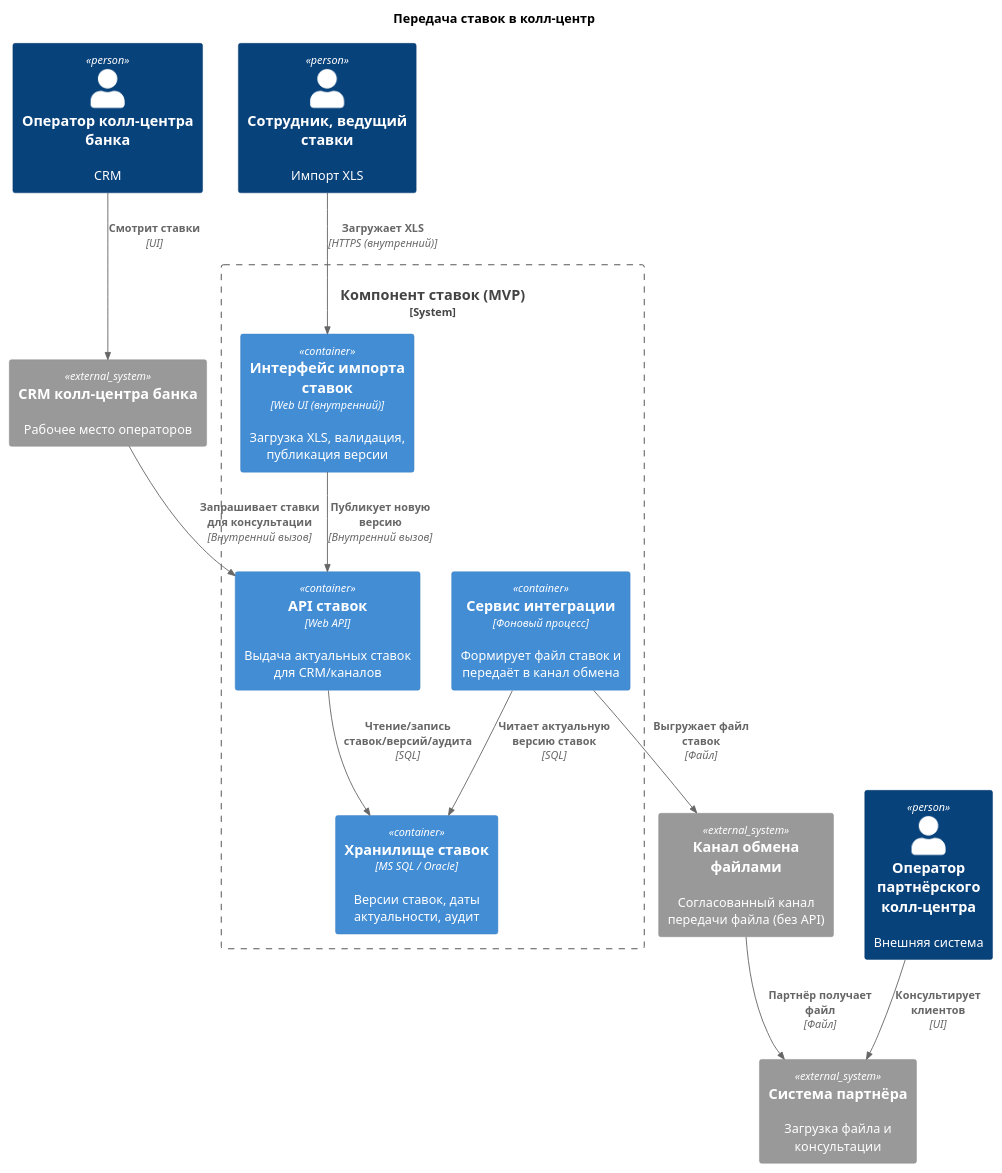
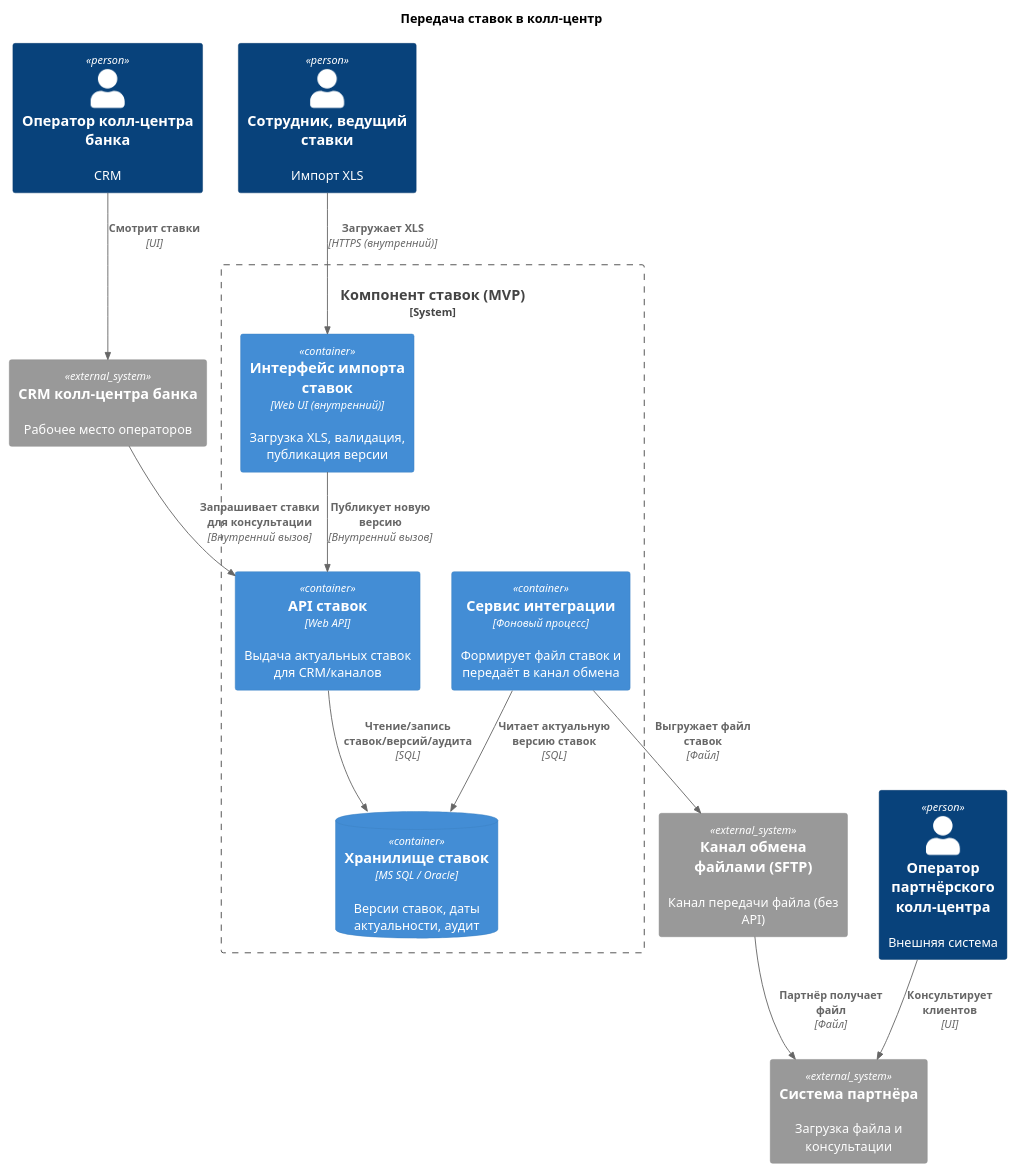
The diagram in Task4/rates_containers.puml (volodin33/architecture-pro-standart), drawn with PlantUML before and after one commit. The commit also changed 12 other files, not shown here.

Commit message:
- Конкретикзировал требования - Указал канал передачи файлов: SFTP - Добавил очередь (Kafka) в диаграммы

```diff
--- a/Task4/rates_containers.puml
+++ b/Task4/rates_containers.puml
@@ -1,30 +1,30 @@
 @startuml
 !include https://raw.githubusercontent.com/plantuml-stdlib/C4-PlantUML/master/C4_Container.puml
 title Передача ставок в колл-центр
 
 Person(cc_operator, "Оператор колл-центра банка", "CRM")
 Person(rate_manager, "Сотрудник, ведущий ставки", "Импорт XLS")
 Person(partner_operator, "Оператор партнёрского колл-центра", "Внешняя система")
 
 System_Ext(crm_cc, "CRM колл-центра банка", "Рабочее место операторов")
-System_Ext(file_channel, "Канал обмена файлами", "Согласованный канал передачи файла (без API)")
+System_Ext(file_channel, "Канал обмена файлами (SFTP)", "Канал передачи файла (без API)")
 System_Ext(partner_cc_sys, "Система партнёра", "Загрузка файла и консультации")
 
 System_Boundary(mvp, "Компонент ставок (MVP)") {
   Container(rates_api, "API ставок", "Web API", "Выдача актуальных ставок для CRM/каналов")
-  Container(rates_db, "Хранилище ставок", "MS SQL / Oracle", "Версии ставок, даты актуальности, аудит")
+  ContainerDb(rates_db, "Хранилище ставок", "MS SQL / Oracle", "Версии ставок, даты актуальности, аудит")
   Container(rates_import_ui, "Интерфейс импорта ставок", "Web UI (внутренний)", "Загрузка XLS, валидация, публикация версии")
   Container(file_export_service, "Сервис интеграции", "Фоновый процесс", "Формирует файл ставок и передаёт в канал обмена")
 }
 
 Rel(rate_manager, rates_import_ui, "Загружает XLS", "HTTPS (внутренний)")
 Rel(rates_import_ui, rates_api, "Публикует новую версию", "Внутренний вызов")
 Rel(rates_api, rates_db, "Чтение/запись ставок/версий/аудита", "SQL")
 Rel(crm_cc, rates_api, "Запрашивает ставки для консультации", "Внутренний вызов")
 Rel(cc_operator, crm_cc, "Смотрит ставки", "UI")
 Rel(file_export_service, rates_db, "Читает актуальную версию ставок", "SQL")
 Rel(file_export_service, file_channel, "Выгружает файл ставок", "Файл")
 Rel(file_channel, partner_cc_sys, "Партнёр получает файл", "Файл")
 Rel(partner_operator, partner_cc_sys, "Консультирует клиентов", "UI")
 
 @enduml
```
